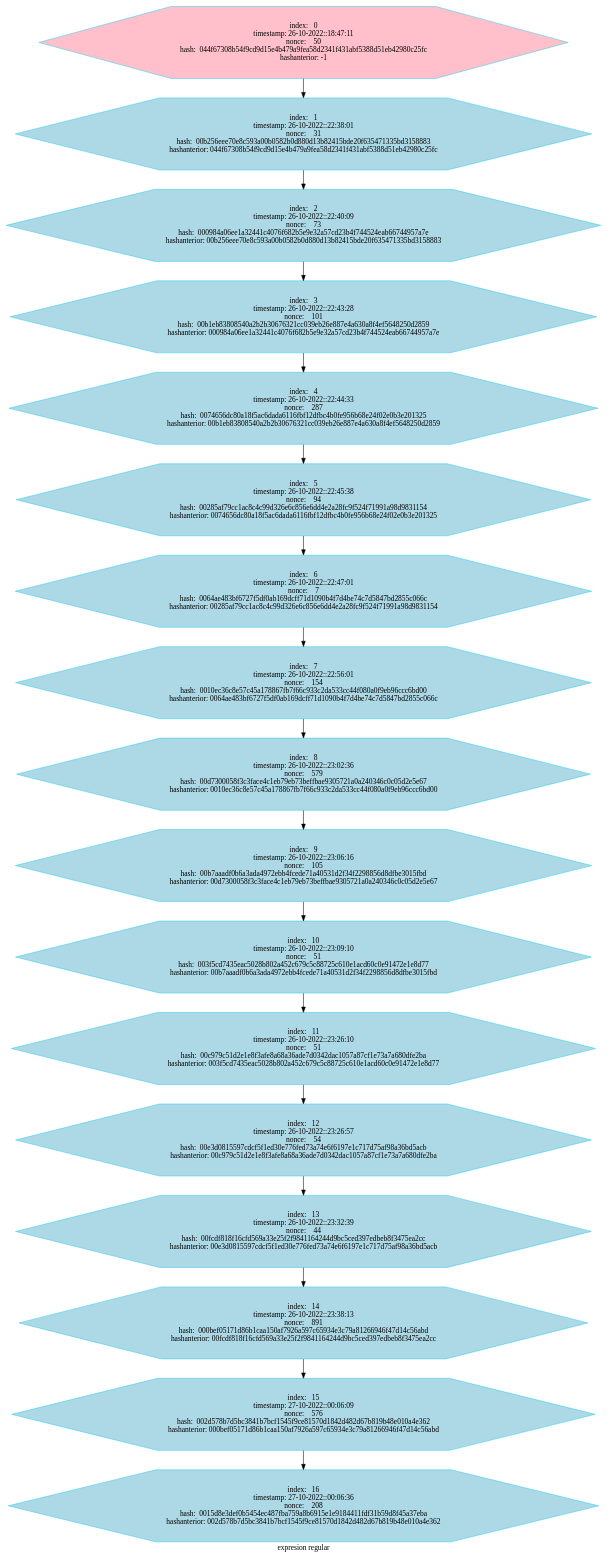
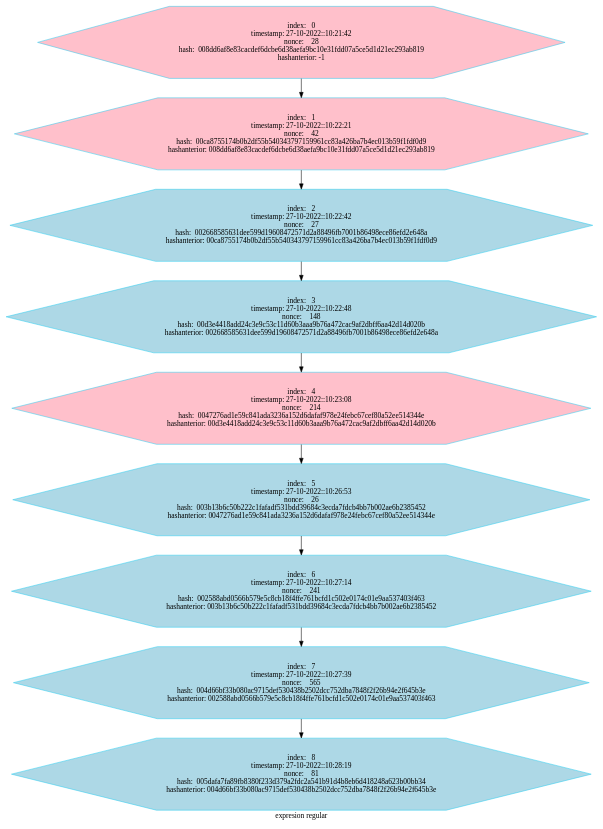
The diagram in BLOCKCHAIN.dot (betebetoven/EDDS2F2), drawn with Graphviz before and after one commit. The commit also changed 35 other files, not shown here.

```diff
--- a/BLOCKCHAIN.dot
+++ b/BLOCKCHAIN.dot
@@ -7,232 +7,120 @@
         node[color = "#31CEF0"]
 
 "index:   0
-timestamp: 26-10-2022::18:47:11
-nonce:    50
-hash:  044f67308b54f9cd9d15e4b479a9fea58d2341f431abf5388d51eb42980c25fc
+timestamp: 27-10-2022::10:21:42
+nonce:    28
+hash:  008dd6af8e83cacdef6dcbe6d38aefa9bc10e31fdd07a5ce5d1d21ec293ab819
 hashanterior: -1"->"index:   1
-timestamp: 26-10-2022::22:38:01
-nonce:    31
-hash:  00b256eee70e8c593a00b0582b0d880d13b82415bde20f635471335bd3158883
-hashanterior: 044f67308b54f9cd9d15e4b479a9fea58d2341f431abf5388d51eb42980c25fc"
+timestamp: 27-10-2022::10:22:21
+nonce:    42
+hash:  00ca8755174b0b2df55b540343797159961cc83a426ba7b4ec013b59f1fdf0d9
+hashanterior: 008dd6af8e83cacdef6dcbe6d38aefa9bc10e31fdd07a5ce5d1d21ec293ab819"
 "index:   1
-timestamp: 26-10-2022::22:38:01
-nonce:    31
-hash:  00b256eee70e8c593a00b0582b0d880d13b82415bde20f635471335bd3158883
-hashanterior: 044f67308b54f9cd9d15e4b479a9fea58d2341f431abf5388d51eb42980c25fc"->"index:   2
-timestamp: 26-10-2022::22:40:09
-nonce:    73
-hash:  000984a06ee1a32441c4076f682b5e9e32a57cd23b4f744524eab66744957a7e
-hashanterior: 00b256eee70e8c593a00b0582b0d880d13b82415bde20f635471335bd3158883"
+timestamp: 27-10-2022::10:22:21
+nonce:    42
+hash:  00ca8755174b0b2df55b540343797159961cc83a426ba7b4ec013b59f1fdf0d9
+hashanterior: 008dd6af8e83cacdef6dcbe6d38aefa9bc10e31fdd07a5ce5d1d21ec293ab819"->"index:   2
+timestamp: 27-10-2022::10:22:42
+nonce:    27
+hash:  002668585631dee599d19608472571d2a88496fb7001b86498ece86efd2e648a
+hashanterior: 00ca8755174b0b2df55b540343797159961cc83a426ba7b4ec013b59f1fdf0d9"
 "index:   2
-timestamp: 26-10-2022::22:40:09
-nonce:    73
-hash:  000984a06ee1a32441c4076f682b5e9e32a57cd23b4f744524eab66744957a7e
-hashanterior: 00b256eee70e8c593a00b0582b0d880d13b82415bde20f635471335bd3158883"->"index:   3
-timestamp: 26-10-2022::22:43:28
-nonce:    101
-hash:  00b1eb83808540a2b2b30676321cc039eb26e887e4a630a8f4ef5648250d2859
-hashanterior: 000984a06ee1a32441c4076f682b5e9e32a57cd23b4f744524eab66744957a7e"
+timestamp: 27-10-2022::10:22:42
+nonce:    27
+hash:  002668585631dee599d19608472571d2a88496fb7001b86498ece86efd2e648a
+hashanterior: 00ca8755174b0b2df55b540343797159961cc83a426ba7b4ec013b59f1fdf0d9"->"index:   3
+timestamp: 27-10-2022::10:22:48
+nonce:    148
+hash:  00d3e4418add24c3e9c53c11d60b3aaa9b76a472cac9af2dbff6aa42d14d020b
+hashanterior: 002668585631dee599d19608472571d2a88496fb7001b86498ece86efd2e648a"
 "index:   3
-timestamp: 26-10-2022::22:43:28
-nonce:    101
-hash:  00b1eb83808540a2b2b30676321cc039eb26e887e4a630a8f4ef5648250d2859
-hashanterior: 000984a06ee1a32441c4076f682b5e9e32a57cd23b4f744524eab66744957a7e"->"index:   4
-timestamp: 26-10-2022::22:44:33
-nonce:    287
-hash:  0074656dc80a18f5ac6dada6116fbf12dfbc4b0fe956b68e24f02e0b3e201325
-hashanterior: 00b1eb83808540a2b2b30676321cc039eb26e887e4a630a8f4ef5648250d2859"
+timestamp: 27-10-2022::10:22:48
+nonce:    148
+hash:  00d3e4418add24c3e9c53c11d60b3aaa9b76a472cac9af2dbff6aa42d14d020b
+hashanterior: 002668585631dee599d19608472571d2a88496fb7001b86498ece86efd2e648a"->"index:   4
+timestamp: 27-10-2022::10:23:08
+nonce:    214
+hash:  0047276ad1e59c841ada3236a152d6dafaf978e24febc67cef80a52ee514344e
+hashanterior: 00d3e4418add24c3e9c53c11d60b3aaa9b76a472cac9af2dbff6aa42d14d020b"
 "index:   4
-timestamp: 26-10-2022::22:44:33
-nonce:    287
-hash:  0074656dc80a18f5ac6dada6116fbf12dfbc4b0fe956b68e24f02e0b3e201325
-hashanterior: 00b1eb83808540a2b2b30676321cc039eb26e887e4a630a8f4ef5648250d2859"->"index:   5
-timestamp: 26-10-2022::22:45:38
-nonce:    94
-hash:  00285af79cc1ac8c4c99d326e6c856e6dd4e2a28fc9f524f71991a98d9831154
-hashanterior: 0074656dc80a18f5ac6dada6116fbf12dfbc4b0fe956b68e24f02e0b3e201325"
+timestamp: 27-10-2022::10:23:08
+nonce:    214
+hash:  0047276ad1e59c841ada3236a152d6dafaf978e24febc67cef80a52ee514344e
+hashanterior: 00d3e4418add24c3e9c53c11d60b3aaa9b76a472cac9af2dbff6aa42d14d020b"->"index:   5
+timestamp: 27-10-2022::10:26:53
+nonce:    26
+hash:  003b13b6c50b222c1fafadf531bdd39684c3ecda7fdcb4bb7b002ae6b2385452
+hashanterior: 0047276ad1e59c841ada3236a152d6dafaf978e24febc67cef80a52ee514344e"
 "index:   5
-timestamp: 26-10-2022::22:45:38
-nonce:    94
-hash:  00285af79cc1ac8c4c99d326e6c856e6dd4e2a28fc9f524f71991a98d9831154
-hashanterior: 0074656dc80a18f5ac6dada6116fbf12dfbc4b0fe956b68e24f02e0b3e201325"->"index:   6
-timestamp: 26-10-2022::22:47:01
-nonce:    7
-hash:  0064ae483bf6727f5df0ab169dcff71d1090b4f7d4be74c7d5847bd2855c066c
-hashanterior: 00285af79cc1ac8c4c99d326e6c856e6dd4e2a28fc9f524f71991a98d9831154"
+timestamp: 27-10-2022::10:26:53
+nonce:    26
+hash:  003b13b6c50b222c1fafadf531bdd39684c3ecda7fdcb4bb7b002ae6b2385452
+hashanterior: 0047276ad1e59c841ada3236a152d6dafaf978e24febc67cef80a52ee514344e"->"index:   6
+timestamp: 27-10-2022::10:27:14
+nonce:    241
+hash:  002588abd0566b579e5c8cb18f4ffe761bcfd1c502e0174c01e9aa537403f463
+hashanterior: 003b13b6c50b222c1fafadf531bdd39684c3ecda7fdcb4bb7b002ae6b2385452"
 "index:   6
-timestamp: 26-10-2022::22:47:01
-nonce:    7
-hash:  0064ae483bf6727f5df0ab169dcff71d1090b4f7d4be74c7d5847bd2855c066c
-hashanterior: 00285af79cc1ac8c4c99d326e6c856e6dd4e2a28fc9f524f71991a98d9831154"->"index:   7
-timestamp: 26-10-2022::22:56:01
-nonce:    154
-hash:  0010ec36c8e57c45a178867fb7f66c933c2da533cc44f080a0f9eb96ccc6bd00
-hashanterior: 0064ae483bf6727f5df0ab169dcff71d1090b4f7d4be74c7d5847bd2855c066c"
+timestamp: 27-10-2022::10:27:14
+nonce:    241
+hash:  002588abd0566b579e5c8cb18f4ffe761bcfd1c502e0174c01e9aa537403f463
+hashanterior: 003b13b6c50b222c1fafadf531bdd39684c3ecda7fdcb4bb7b002ae6b2385452"->"index:   7
+timestamp: 27-10-2022::10:27:39
+nonce:    565
+hash:  004d66bf33b080ac9715def530438b2502dcc752dba7848f2f26b94e2f645b3e
+hashanterior: 002588abd0566b579e5c8cb18f4ffe761bcfd1c502e0174c01e9aa537403f463"
 "index:   7
-timestamp: 26-10-2022::22:56:01
-nonce:    154
-hash:  0010ec36c8e57c45a178867fb7f66c933c2da533cc44f080a0f9eb96ccc6bd00
-hashanterior: 0064ae483bf6727f5df0ab169dcff71d1090b4f7d4be74c7d5847bd2855c066c"->"index:   8
-timestamp: 26-10-2022::23:02:36
-nonce:    579
-hash:  00d7300058f3c3face4c1eb79eb73beffbae9305721a0a240346c0c05d2e5e67
-hashanterior: 0010ec36c8e57c45a178867fb7f66c933c2da533cc44f080a0f9eb96ccc6bd00"
-"index:   8
-timestamp: 26-10-2022::23:02:36
-nonce:    579
-hash:  00d7300058f3c3face4c1eb79eb73beffbae9305721a0a240346c0c05d2e5e67
-hashanterior: 0010ec36c8e57c45a178867fb7f66c933c2da533cc44f080a0f9eb96ccc6bd00"->"index:   9
-timestamp: 26-10-2022::23:06:16
-nonce:    105
-hash:  00b7aaadf0b6a3ada4972ebb4fcede71a40531d2f34f2298856d8dfbe3015fbd
-hashanterior: 00d7300058f3c3face4c1eb79eb73beffbae9305721a0a240346c0c05d2e5e67"
-"index:   9
-timestamp: 26-10-2022::23:06:16
-nonce:    105
-hash:  00b7aaadf0b6a3ada4972ebb4fcede71a40531d2f34f2298856d8dfbe3015fbd
-hashanterior: 00d7300058f3c3face4c1eb79eb73beffbae9305721a0a240346c0c05d2e5e67"->"index:   10
-timestamp: 26-10-2022::23:09:10
-nonce:    51
-hash:  003f5cd7435eac5028b802a452c679c5c88725c610e1acd60c0e91472e1e8d77
-hashanterior: 00b7aaadf0b6a3ada4972ebb4fcede71a40531d2f34f2298856d8dfbe3015fbd"
-"index:   10
-timestamp: 26-10-2022::23:09:10
-nonce:    51
-hash:  003f5cd7435eac5028b802a452c679c5c88725c610e1acd60c0e91472e1e8d77
-hashanterior: 00b7aaadf0b6a3ada4972ebb4fcede71a40531d2f34f2298856d8dfbe3015fbd"->"index:   11
-timestamp: 26-10-2022::23:26:10
-nonce:    51
-hash:  00c979c51d2e1e8f3afe8a68a36ade7d0342dac1057a87cf1e73a7a680dfe2ba
-hashanterior: 003f5cd7435eac5028b802a452c679c5c88725c610e1acd60c0e91472e1e8d77"
-"index:   11
-timestamp: 26-10-2022::23:26:10
-nonce:    51
-hash:  00c979c51d2e1e8f3afe8a68a36ade7d0342dac1057a87cf1e73a7a680dfe2ba
-hashanterior: 003f5cd7435eac5028b802a452c679c5c88725c610e1acd60c0e91472e1e8d77"->"index:   12
-timestamp: 26-10-2022::23:26:57
-nonce:    54
-hash:  00e3d0815597cdcf5f1ed30e776fed73a74e6f6197e1c717d75af98a36bd5acb
-hashanterior: 00c979c51d2e1e8f3afe8a68a36ade7d0342dac1057a87cf1e73a7a680dfe2ba"
-"index:   12
-timestamp: 26-10-2022::23:26:57
-nonce:    54
-hash:  00e3d0815597cdcf5f1ed30e776fed73a74e6f6197e1c717d75af98a36bd5acb
-hashanterior: 00c979c51d2e1e8f3afe8a68a36ade7d0342dac1057a87cf1e73a7a680dfe2ba"->"index:   13
-timestamp: 26-10-2022::23:32:39
-nonce:    44
-hash:  00fcdf818f16cfd569a33e25f2f9841164244d9bc5ced397edbeb8f3475ea2cc
-hashanterior: 00e3d0815597cdcf5f1ed30e776fed73a74e6f6197e1c717d75af98a36bd5acb"
-"index:   13
-timestamp: 26-10-2022::23:32:39
-nonce:    44
-hash:  00fcdf818f16cfd569a33e25f2f9841164244d9bc5ced397edbeb8f3475ea2cc
-hashanterior: 00e3d0815597cdcf5f1ed30e776fed73a74e6f6197e1c717d75af98a36bd5acb"->"index:   14
-timestamp: 26-10-2022::23:38:13
-nonce:    891
-hash:  000bef05171d86b1caa150af7926a597c65934e3c79a81266946f47d14c56abd
-hashanterior: 00fcdf818f16cfd569a33e25f2f9841164244d9bc5ced397edbeb8f3475ea2cc"
-"index:   14
-timestamp: 26-10-2022::23:38:13
-nonce:    891
-hash:  000bef05171d86b1caa150af7926a597c65934e3c79a81266946f47d14c56abd
-hashanterior: 00fcdf818f16cfd569a33e25f2f9841164244d9bc5ced397edbeb8f3475ea2cc"->"index:   15
-timestamp: 27-10-2022::00:06:09
-nonce:    576
-hash:  002d578b7d5bc3841b7bcf1545f9ce81570d1842d482d67b819b48e010a4e362
-hashanterior: 000bef05171d86b1caa150af7926a597c65934e3c79a81266946f47d14c56abd"
-"index:   15
-timestamp: 27-10-2022::00:06:09
-nonce:    576
-hash:  002d578b7d5bc3841b7bcf1545f9ce81570d1842d482d67b819b48e010a4e362
-hashanterior: 000bef05171d86b1caa150af7926a597c65934e3c79a81266946f47d14c56abd"->"index:   16
-timestamp: 27-10-2022::00:06:36
-nonce:    208
-hash:  0015d8e3def0b5454ec487fba759a8b6915e1e9184411fdf31b59d8f45a37eba
-hashanterior: 002d578b7d5bc3841b7bcf1545f9ce81570d1842d482d67b819b48e010a4e362"
+timestamp: 27-10-2022::10:27:39
+nonce:    565
+hash:  004d66bf33b080ac9715def530438b2502dcc752dba7848f2f26b94e2f645b3e
+hashanterior: 002588abd0566b579e5c8cb18f4ffe761bcfd1c502e0174c01e9aa537403f463"->"index:   8
+timestamp: 27-10-2022::10:28:19
+nonce:    81
+hash:  005dafa7fa89fb8380f233d379a2fdc2a541b91d4b8eb6d418248a623b00bb34
+hashanterior: 004d66bf33b080ac9715def530438b2502dcc752dba7848f2f26b94e2f645b3e"
 "index:   0
-timestamp: 26-10-2022::18:47:11
-nonce:    50
-hash:  044f67308b54f9cd9d15e4b479a9fea58d2341f431abf5388d51eb42980c25fc
+timestamp: 27-10-2022::10:21:42
+nonce:    28
+hash:  008dd6af8e83cacdef6dcbe6d38aefa9bc10e31fdd07a5ce5d1d21ec293ab819
 hashanterior: -1"[fillcolor="pink"]
 "index:   1
-timestamp: 26-10-2022::22:38:01
-nonce:    31
-hash:  00b256eee70e8c593a00b0582b0d880d13b82415bde20f635471335bd3158883
-hashanterior: 044f67308b54f9cd9d15e4b479a9fea58d2341f431abf5388d51eb42980c25fc"[fillcolor="lightblue"]
+timestamp: 27-10-2022::10:22:21
+nonce:    42
+hash:  00ca8755174b0b2df55b540343797159961cc83a426ba7b4ec013b59f1fdf0d9
+hashanterior: 008dd6af8e83cacdef6dcbe6d38aefa9bc10e31fdd07a5ce5d1d21ec293ab819"[fillcolor="pink"]
 "index:   2
-timestamp: 26-10-2022::22:40:09
-nonce:    73
-hash:  000984a06ee1a32441c4076f682b5e9e32a57cd23b4f744524eab66744957a7e
-hashanterior: 00b256eee70e8c593a00b0582b0d880d13b82415bde20f635471335bd3158883"[fillcolor="lightblue"]
+timestamp: 27-10-2022::10:22:42
+nonce:    27
+hash:  002668585631dee599d19608472571d2a88496fb7001b86498ece86efd2e648a
+hashanterior: 00ca8755174b0b2df55b540343797159961cc83a426ba7b4ec013b59f1fdf0d9"[fillcolor="lightblue"]
 "index:   3
-timestamp: 26-10-2022::22:43:28
-nonce:    101
-hash:  00b1eb83808540a2b2b30676321cc039eb26e887e4a630a8f4ef5648250d2859
-hashanterior: 000984a06ee1a32441c4076f682b5e9e32a57cd23b4f744524eab66744957a7e"[fillcolor="lightblue"]
+timestamp: 27-10-2022::10:22:48
+nonce:    148
+hash:  00d3e4418add24c3e9c53c11d60b3aaa9b76a472cac9af2dbff6aa42d14d020b
+hashanterior: 002668585631dee599d19608472571d2a88496fb7001b86498ece86efd2e648a"[fillcolor="lightblue"]
 "index:   4
-timestamp: 26-10-2022::22:44:33
-nonce:    287
-hash:  0074656dc80a18f5ac6dada6116fbf12dfbc4b0fe956b68e24f02e0b3e201325
-hashanterior: 00b1eb83808540a2b2b30676321cc039eb26e887e4a630a8f4ef5648250d2859"[fillcolor="lightblue"]
+timestamp: 27-10-2022::10:23:08
+nonce:    214
+hash:  0047276ad1e59c841ada3236a152d6dafaf978e24febc67cef80a52ee514344e
+hashanterior: 00d3e4418add24c3e9c53c11d60b3aaa9b76a472cac9af2dbff6aa42d14d020b"[fillcolor="pink"]
 "index:   5
-timestamp: 26-10-2022::22:45:38
-nonce:    94
-hash:  00285af79cc1ac8c4c99d326e6c856e6dd4e2a28fc9f524f71991a98d9831154
-hashanterior: 0074656dc80a18f5ac6dada6116fbf12dfbc4b0fe956b68e24f02e0b3e201325"[fillcolor="lightblue"]
+timestamp: 27-10-2022::10:26:53
+nonce:    26
+hash:  003b13b6c50b222c1fafadf531bdd39684c3ecda7fdcb4bb7b002ae6b2385452
+hashanterior: 0047276ad1e59c841ada3236a152d6dafaf978e24febc67cef80a52ee514344e"[fillcolor="lightblue"]
 "index:   6
-timestamp: 26-10-2022::22:47:01
-nonce:    7
-hash:  0064ae483bf6727f5df0ab169dcff71d1090b4f7d4be74c7d5847bd2855c066c
-hashanterior: 00285af79cc1ac8c4c99d326e6c856e6dd4e2a28fc9f524f71991a98d9831154"[fillcolor="lightblue"]
+timestamp: 27-10-2022::10:27:14
+nonce:    241
+hash:  002588abd0566b579e5c8cb18f4ffe761bcfd1c502e0174c01e9aa537403f463
+hashanterior: 003b13b6c50b222c1fafadf531bdd39684c3ecda7fdcb4bb7b002ae6b2385452"[fillcolor="lightblue"]
 "index:   7
-timestamp: 26-10-2022::22:56:01
-nonce:    154
-hash:  0010ec36c8e57c45a178867fb7f66c933c2da533cc44f080a0f9eb96ccc6bd00
-hashanterior: 0064ae483bf6727f5df0ab169dcff71d1090b4f7d4be74c7d5847bd2855c066c"[fillcolor="lightblue"]
+timestamp: 27-10-2022::10:27:39
+nonce:    565
+hash:  004d66bf33b080ac9715def530438b2502dcc752dba7848f2f26b94e2f645b3e
+hashanterior: 002588abd0566b579e5c8cb18f4ffe761bcfd1c502e0174c01e9aa537403f463"[fillcolor="lightblue"]
 "index:   8
-timestamp: 26-10-2022::23:02:36
-nonce:    579
-hash:  00d7300058f3c3face4c1eb79eb73beffbae9305721a0a240346c0c05d2e5e67
-hashanterior: 0010ec36c8e57c45a178867fb7f66c933c2da533cc44f080a0f9eb96ccc6bd00"[fillcolor="lightblue"]
-"index:   9
-timestamp: 26-10-2022::23:06:16
-nonce:    105
-hash:  00b7aaadf0b6a3ada4972ebb4fcede71a40531d2f34f2298856d8dfbe3015fbd
-hashanterior: 00d7300058f3c3face4c1eb79eb73beffbae9305721a0a240346c0c05d2e5e67"[fillcolor="lightblue"]
-"index:   10
-timestamp: 26-10-2022::23:09:10
-nonce:    51
-hash:  003f5cd7435eac5028b802a452c679c5c88725c610e1acd60c0e91472e1e8d77
-hashanterior: 00b7aaadf0b6a3ada4972ebb4fcede71a40531d2f34f2298856d8dfbe3015fbd"[fillcolor="lightblue"]
-"index:   11
-timestamp: 26-10-2022::23:26:10
-nonce:    51
-hash:  00c979c51d2e1e8f3afe8a68a36ade7d0342dac1057a87cf1e73a7a680dfe2ba
-hashanterior: 003f5cd7435eac5028b802a452c679c5c88725c610e1acd60c0e91472e1e8d77"[fillcolor="lightblue"]
-"index:   12
-timestamp: 26-10-2022::23:26:57
-nonce:    54
-hash:  00e3d0815597cdcf5f1ed30e776fed73a74e6f6197e1c717d75af98a36bd5acb
-hashanterior: 00c979c51d2e1e8f3afe8a68a36ade7d0342dac1057a87cf1e73a7a680dfe2ba"[fillcolor="lightblue"]
-"index:   13
-timestamp: 26-10-2022::23:32:39
-nonce:    44
-hash:  00fcdf818f16cfd569a33e25f2f9841164244d9bc5ced397edbeb8f3475ea2cc
-hashanterior: 00e3d0815597cdcf5f1ed30e776fed73a74e6f6197e1c717d75af98a36bd5acb"[fillcolor="lightblue"]
-"index:   14
-timestamp: 26-10-2022::23:38:13
-nonce:    891
-hash:  000bef05171d86b1caa150af7926a597c65934e3c79a81266946f47d14c56abd
-hashanterior: 00fcdf818f16cfd569a33e25f2f9841164244d9bc5ced397edbeb8f3475ea2cc"[fillcolor="lightblue"]
-"index:   15
-timestamp: 27-10-2022::00:06:09
-nonce:    576
-hash:  002d578b7d5bc3841b7bcf1545f9ce81570d1842d482d67b819b48e010a4e362
-hashanterior: 000bef05171d86b1caa150af7926a597c65934e3c79a81266946f47d14c56abd"[fillcolor="lightblue"]
-"index:   16
-timestamp: 27-10-2022::00:06:36
-nonce:    208
-hash:  0015d8e3def0b5454ec487fba759a8b6915e1e9184411fdf31b59d8f45a37eba
-hashanterior: 002d578b7d5bc3841b7bcf1545f9ce81570d1842d482d67b819b48e010a4e362"[fillcolor="lightblue"]
+timestamp: 27-10-2022::10:28:19
+nonce:    81
+hash:  005dafa7fa89fb8380f233d379a2fdc2a541b91d4b8eb6d418248a623b00bb34
+hashanterior: 004d66bf33b080ac9715def530438b2502dcc752dba7848f2f26b94e2f645b3e"[fillcolor="lightblue"]
 }
```
